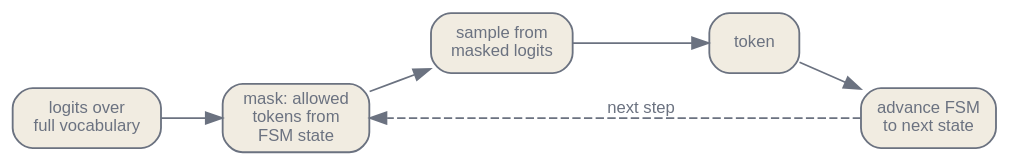
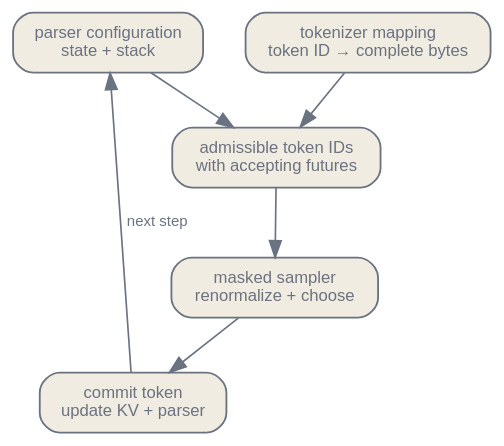
One commit to latere-ai/ai-as-an-infrastructure changed the first of 2 diagrams in en/inference/05-structured-long-context.qmd. Above: the diagram before and after it, drawn with Graphviz. The commit also changed other lines of this file and 4 other files, not shown here.

````diff
--- a/en/inference/05-structured-long-context.qmd
+++ b/en/inference/05-structured-long-context.qmd
@@ -35,21 +93,21 @@
 ```{dot}
-//| label: fig-slc-mask
-//| fig-cap: "Constrained decoding as a mask. Logits are masked to the tokens an FSM allows from its current state, then the sampled token advances the FSM."
+//| label: fig-slc-structured-loop
+//| fig-cap: "A structured decode step. The parser and tokenizer determine the admissible token IDs; the sampler chooses among them; the sampled token updates both model state and parser state."
 digraph {
   bgcolor="transparent";
-  rankdir=LR;
-  nodesep=0.4; ranksep=0.5;
+  rankdir=TB;
+  nodesep=0.35; ranksep=0.45;
   node [shape=box, style="rounded,filled", fontname="Helvetica", fontsize=10, color="#6b7280", fontcolor="#6b7280", fillcolor="#f1ece1", penwidth=1.1];
-  edge [fontsize=10, fontname="Helvetica", color="#6b7280", fontcolor="#6b7280"];
-  L [label="logits over\nfull vocabulary"];
-  M [label="mask: allowed\ntokens from\nFSM state"];
-  S [label="sample from\nmasked logits"];
-  T [label="token"];
-  A [label="advance FSM\nto next state"];
-  L -> M;
-  M -> S;
-  S -> T;
+  edge [fontsize=9, fontname="Helvetica", color="#6b7280", fontcolor="#6b7280"];
+  P [label="parser configuration\nstate + stack"];
+  T [label="tokenizer mapping\ntoken ID → complete bytes"];
+  A [label="admissible token IDs\nwith accepting futures"];
+  M [label="masked sampler\nrenormalize + choose"];
+  U [label="commit token\nupdate KV + parser"];
+  P -> A;
   T -> A;
-  A -> M [style=dashed, label="next step"];
+  A -> M;
+  M -> U;
+  U -> P [label="next step"];
 }
 ```
````
